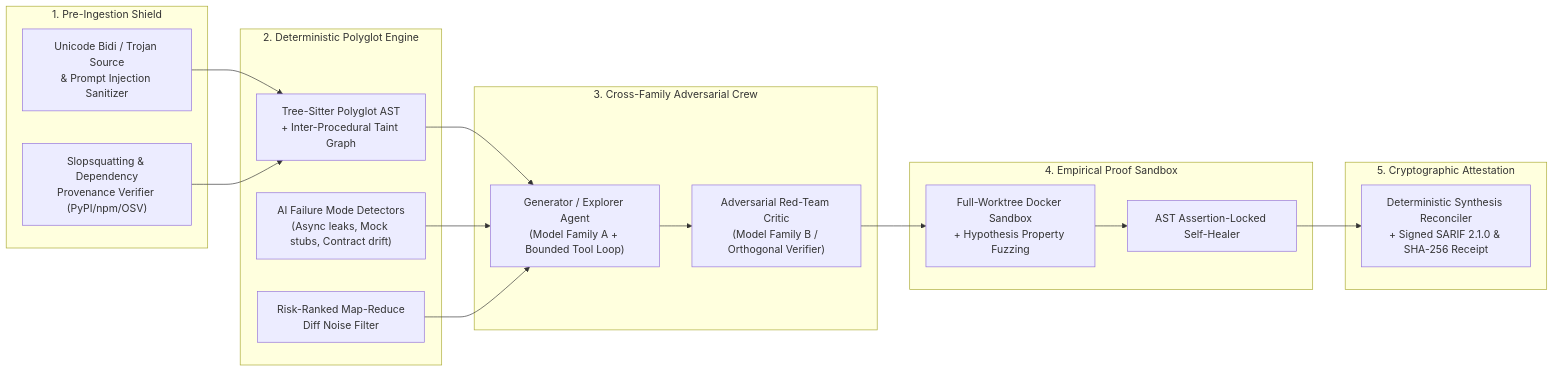
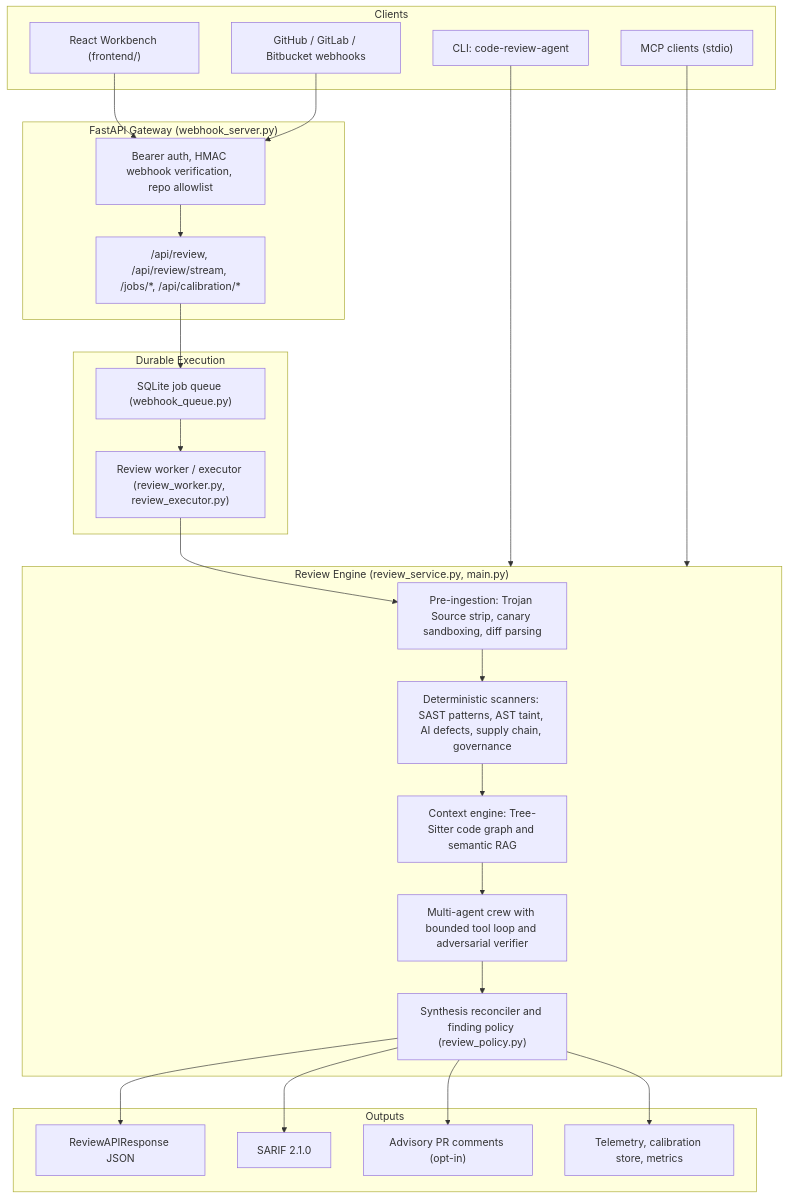
The first of 2 diagrams in README.md (hamza1713/AI-Code-Review-Agent), drawn with Mermaid before and after one commit. The commit also changed other lines of this file and 65 other files, not shown here.

First line of the commit message:
feat: implement Phase 0-2 architectural upgrades, live red-flag code annotations, and production documentation

````diff
--- a/README.md
+++ b/README.md
@@ -57,37 +96,45 @@
 ```mermaid
-flowchart LR
-    subgraph "1. Pre-Ingestion Shield"
-        P1["Unicode Bidi / Trojan Source\n& Prompt Injection Sanitizer"]
-        P2["Slopsquatting & Dependency\nProvenance Verifier (PyPI/npm/OSV)"]
+flowchart TB
+    subgraph Clients
+        UI["React Workbench (frontend/)"]
+        CLI["CLI: code-review-agent"]
+        GH["GitHub / GitLab / Bitbucket webhooks"]
+        MCP["MCP clients (stdio)"]
     end
 
-    subgraph "2. Deterministic Polyglot Engine"
-        D1["Tree-Sitter Polyglot AST\n+ Inter-Procedural Taint Graph"]
-        D2["AI Failure Mode Detectors\n(Async leaks, Mock stubs, Contract drift)"]
-        D3["Risk-Ranked Map-Reduce\nDiff Noise Filter"]
+    subgraph Gateway["FastAPI Gateway (webhook_server.py)"]
+        AUTH["Bearer auth, HMAC webhook verification, repo allowlist"]
+        API["/api/review, /api/review/stream, /jobs/*, /api/calibration/*"]
     end
 
-    subgraph "3. Cross-Family Adversarial Crew"
-        M1["Generator / Explorer Agent\n(Model Family A + Bounded Tool Loop)"]
-        M2["Adversarial Red-Team Critic\n(Model Family B / Orthogonal Verifier)"]
+    subgraph Queue["Durable Execution"]
+        Q["SQLite job queue (webhook_queue.py)"]
+        W["Review worker / executor (review_worker.py, review_executor.py)"]
     end
 
-    subgraph "4. Empirical Proof Sandbox"
-        S1["Full-Worktree Docker Sandbox\n+ Hypothesis Property Fuzzing"]
-        S2["AST Assertion-Locked Self-Healer"]
+    subgraph Engine["Review Engine (review_service.py, main.py)"]
+        PRE["Pre-ingestion: Trojan Source strip, canary sandboxing, diff parsing"]
+        SAST["Deterministic scanners: SAST patterns, AST taint, AI defects, supply chain, governance"]
+        CTX["Context engine: Tree-Sitter code graph and semantic RAG"]
+        CREW["Multi-agent crew with bounded tool loop and adversarial verifier"]
+        SYN["Synthesis reconciler and finding policy (review_policy.py)"]
     end
 
-    subgraph "5. Cryptographic Attestation"
-        A1["Deterministic Synthesis Reconciler\n+ Signed SARIF 2.1.0 & SHA-256 Receipt"]
+    subgraph Outputs
+        RESP["ReviewAPIResponse JSON"]
+        SARIF["SARIF 2.1.0"]
+        PR["Advisory PR comments (opt-in)"]
+        TEL["Telemetry, calibration store, metrics"]
     end
 
-    P1 --> D1
-    P2 --> D1
-    D1 --> M1
-    D2 --> M1
-    D3 --> M1
-    M1 --> M2
-    M2 --> S1
-    S1 --> S2
-    S2 --> A1
+    UI --> AUTH
+    CLI --> Engine
+    GH --> AUTH
+    MCP --> Engine
+    AUTH --> API --> Q --> W --> PRE
+    PRE --> SAST --> CTX --> CREW --> SYN
+    SYN --> RESP
+    SYN --> SARIF
+    SYN --> PR
+    SYN --> TEL
 ```
````
